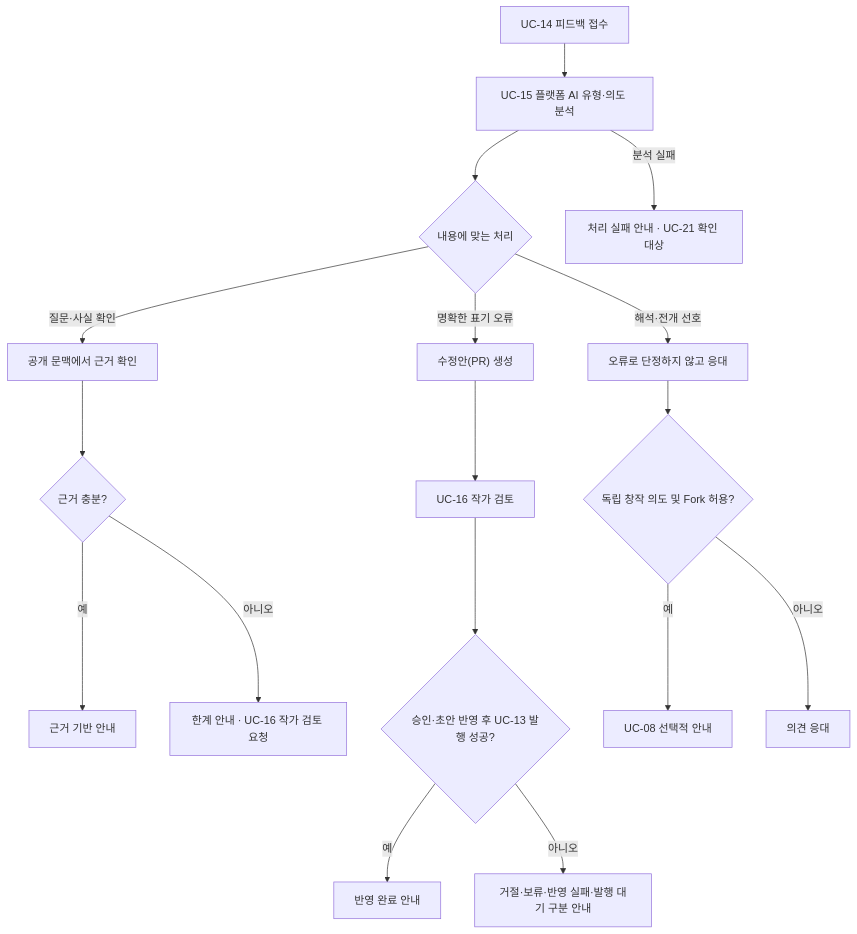
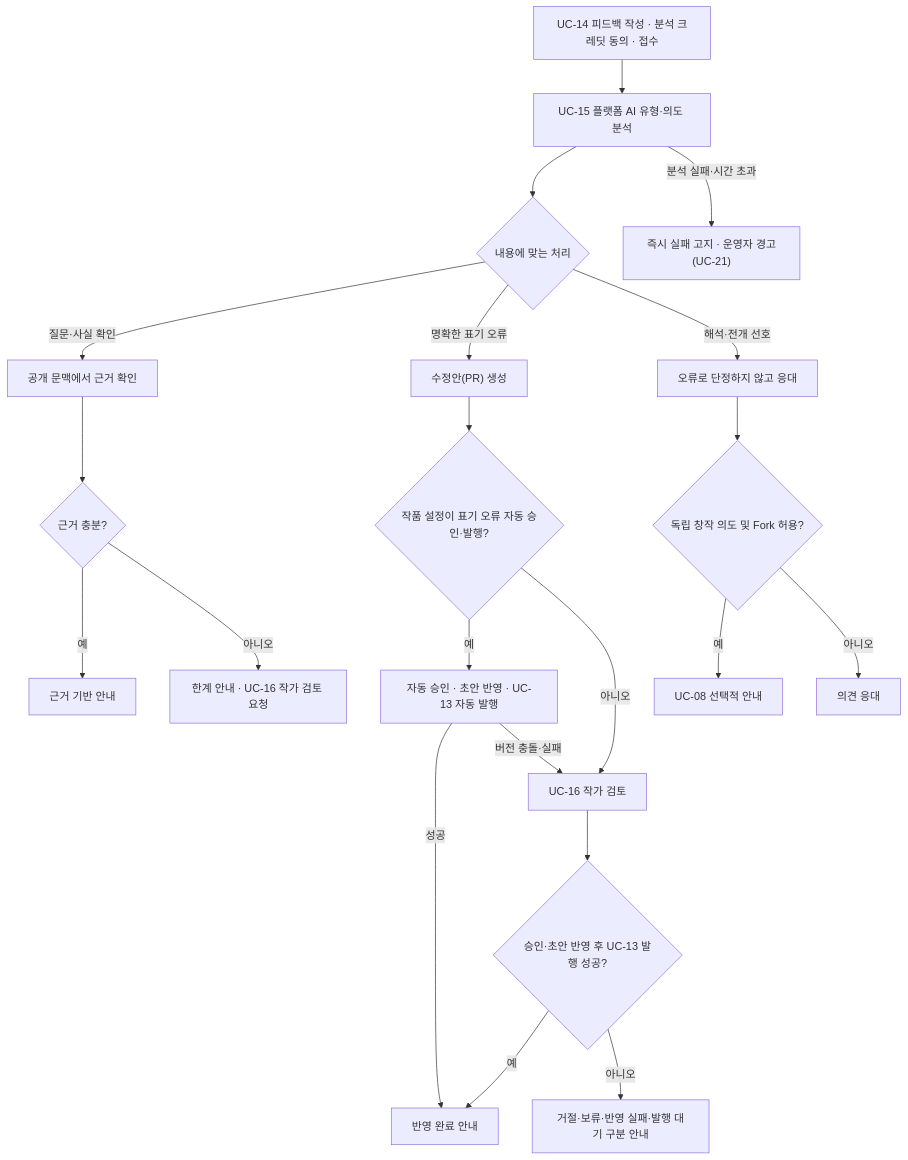
Before and after one commit to SKNETWORKS-FAMILY-AICAMP/SKN34-FINAL-4TEAM: the ninth of 9 diagrams in docs/usecase.md, drawn with Mermaid. The commit also changed other lines of this file and 26 other files, not shown here.

````diff
--- a/docs/usecase.md
+++ b/docs/usecase.md
@@ -432,19 +458,23 @@
 ```mermaid
 flowchart TD
-  A["UC-14 피드백 접수"] --> B["UC-15 플랫폼 AI 유형·의도 분석"]
+  A["UC-14 피드백 작성 · 분석 크레딧 동의 · 접수"] --> B["UC-15 플랫폼 AI 유형·의도 분석"]
   B --> C{"내용에 맞는 처리"}
   C -->|"질문·사실 확인"| D["공개 문맥에서 근거 확인"]
   D --> E{"근거 충분?"}
   E -->|"예"| F["근거 기반 안내"]
   E -->|"아니오"| G["한계 안내 · UC-16 작가 검토 요청"]
   C -->|"명확한 표기 오류"| H["수정안(PR) 생성"]
-  H --> I["UC-16 작가 검토"]
+  H --> S{"작품 설정이 표기 오류 자동 승인·발행?"}
+  S -->|"예"| T["자동 승인 · 초안 반영 · UC-13 자동 발행"]
+  S -->|"아니오"| I["UC-16 작가 검토"]
+  T -->|"성공"| K["반영 완료 안내"]
+  T -->|"버전 충돌·실패"| I
   I --> J{"승인·초안 반영 후 UC-13 발행 성공?"}
-  J -->|"예"| K["반영 완료 안내"]
+  J -->|"예"| K
   J -->|"아니오"| L["거절·보류·반영 실패·발행 대기 구분 안내"]
   C -->|"해석·전개 선호"| M["오류로 단정하지 않고 응대"]
   M --> N{"독립 창작 의도 및 Fork 허용?"}
   N -->|"예"| O["UC-08 선택적 안내"]
   N -->|"아니오"| P["의견 응대"]
-  B -->|"분석 실패"| Q["처리 실패 안내 · UC-21 확인 대상"]
+  B -->|"분석 실패·시간 초과"| Q["즉시 실패 고지 · 운영자 경고(UC-21)"]
 ```
````
